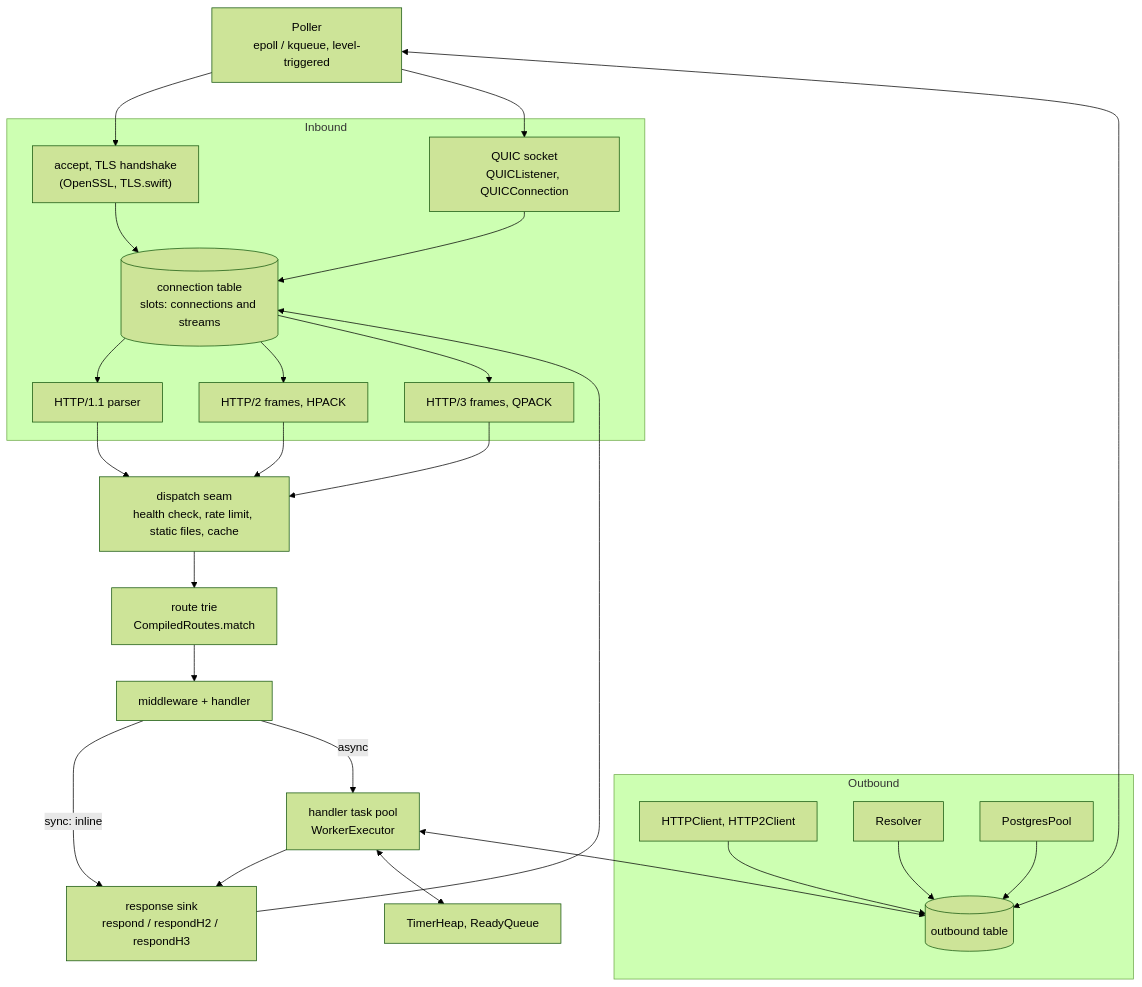
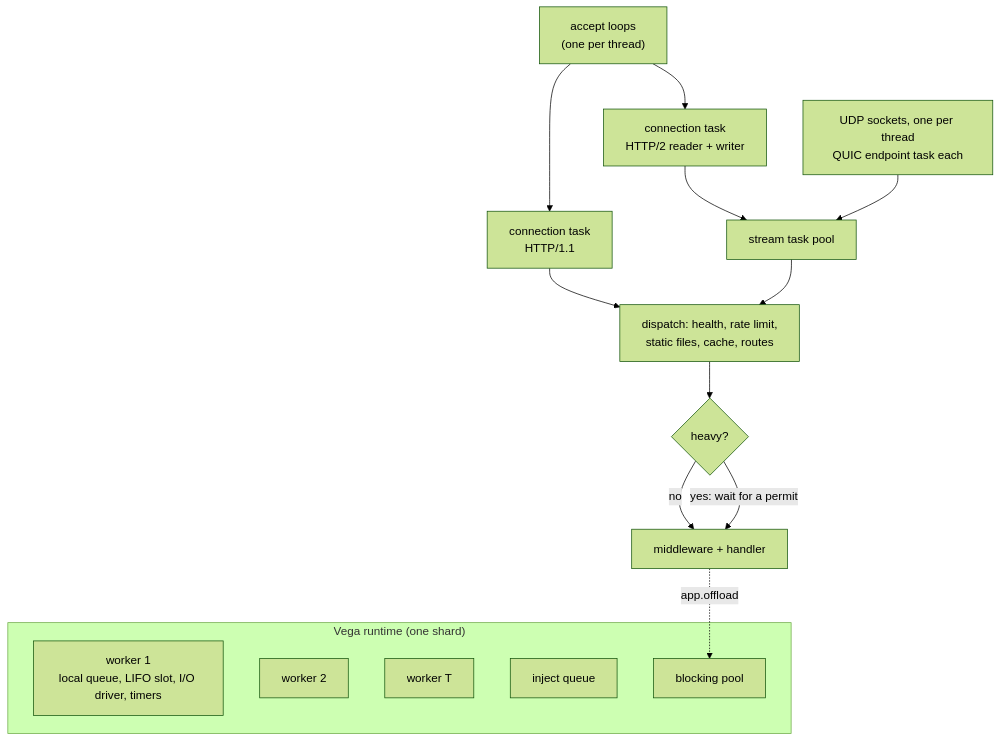
Before and after one commit to grepjava/garuda: the third of 3 diagrams in ARCHITECTURE.md, drawn with Mermaid (forest theme). The commit also changed other lines of this file, not shown here.

Commit message:
ARCHITECTURE.md for Garuda 2: shards under Vega's supervisor, the work-stealing runtime, HTTP/1.1, HTTP/2 and HTTP/3 on Vega, the heavy lane, shared memory regions

````diff
--- a/ARCHITECTURE.md
+++ b/ARCHITECTURE.md
@@ -424,35 +173,20 @@
 ```mermaid
 flowchart TB
-    P["Poller<br/>epoll / kqueue, level-triggered"]
-    subgraph INB[Inbound]
-        ACC["accept, TLS handshake<br/>(OpenSSL, TLS.swift)"]
-        UDP["QUIC socket<br/>QUICListener, QUICConnection"]
-        T[("connection table<br/>slots: connections and streams")]
-        H1["HTTP/1.1 parser"]
-        H2["HTTP/2 frames, HPACK"]
-        H3["HTTP/3 frames, QPACK"]
+    subgraph RT["Vega runtime (one shard)"]
+        W1["worker 1<br/>local queue, LIFO slot, I/O driver, timers"]
+        W2["worker 2"]
+        WT["worker T"]
+        INJ["inject queue"]
+        BP["blocking pool"]
     end
-    D["dispatch seam<br/>health check, rate limit, static files, cache"]
-    R["route trie<br/>CompiledRoutes.match"]
-    MW["middleware + handler"]
-    TP["handler task pool<br/>WorkerExecutor"]
-    TM["TimerHeap, ReadyQueue"]
-    SINK["response sink<br/>respond / respondH2 / respondH3"]
-    subgraph OUTB[Outbound]
-        OT[("outbound table")]
-        CL["HTTPClient, HTTP2Client"]
-        DNS["Resolver"]
-        PGP["PostgresPool"]
-    end
-    P --> ACC --> T
-    P --> UDP --> T
-    T --> H1 & H2 & H3
-    H1 & H2 & H3 --> D --> R --> MW
-    MW -- "sync: inline" --> SINK
-    MW -- "async" --> TP --> SINK
-    TP <--> TM
-    TP <--> OT
-    CL & DNS & PGP --> OT
-    P <--> OT
-    SINK --> T
+    ACC["accept loops<br/>(one per thread)"] --> C1["connection task<br/>HTTP/1.1"]
+    ACC --> C2["connection task<br/>HTTP/2 reader + writer"]
+    UDP["UDP sockets, one per thread<br/>QUIC endpoint task each"]
+    C2 --> POOL["stream task pool"]
+    UDP --> POOL
+    C1 & POOL --> D["dispatch: health, rate limit,<br/>static files, cache, routes"]
+    D --> HL{"heavy?"}
+    HL -- "no" --> H["middleware + handler"]
+    HL -- "yes: wait for a permit" --> H
+    H -. "app.offload" .-> BP
 ```
````
